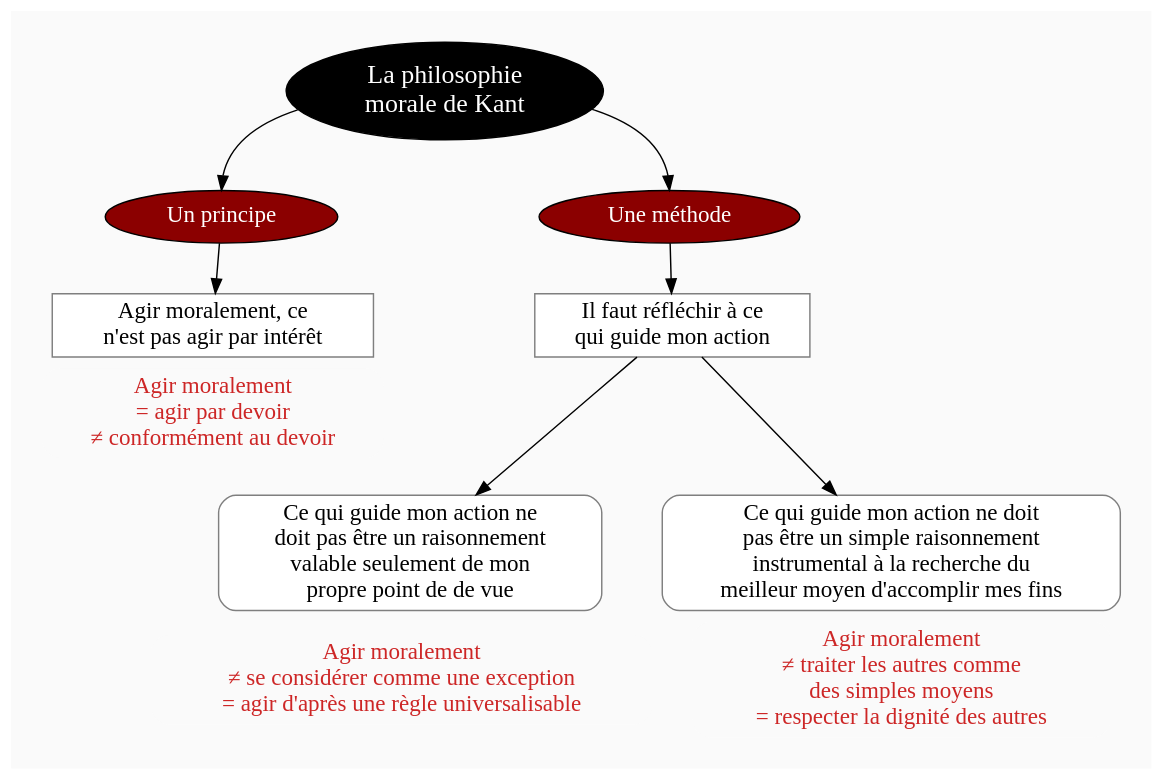
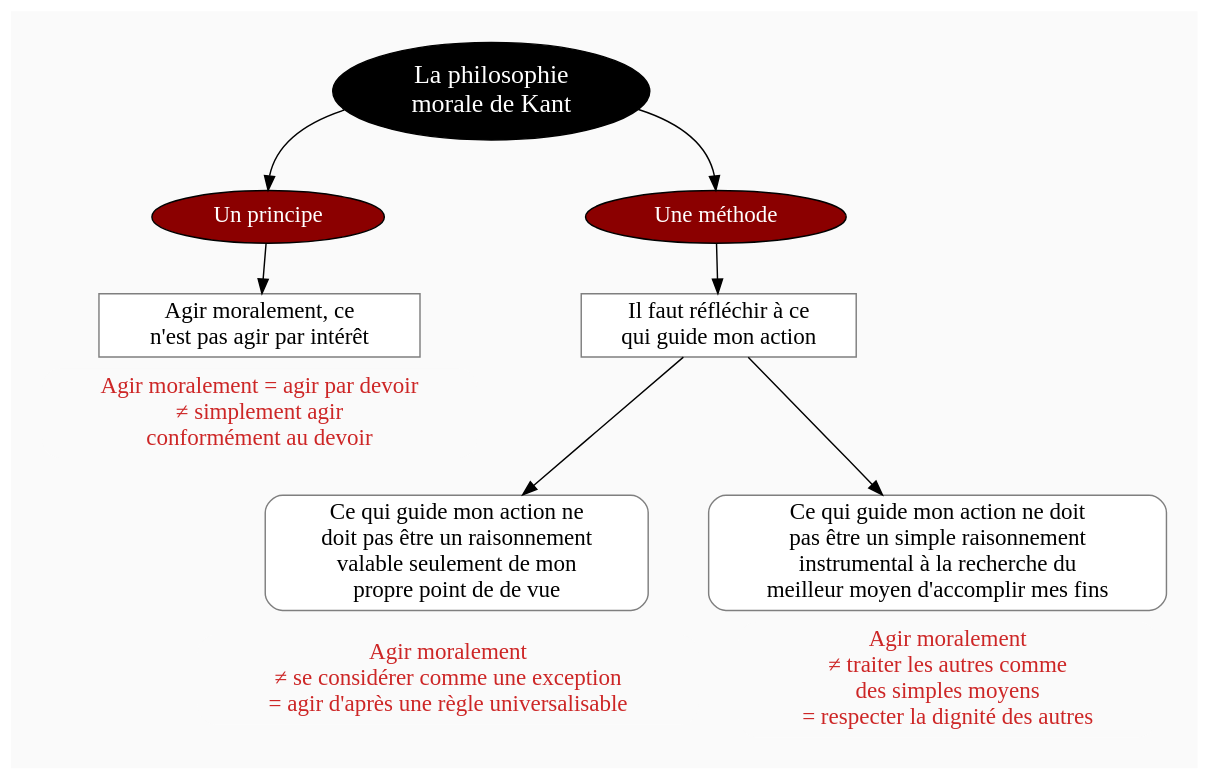
The diagram in diagram/philosophie-morale-de-Kant-2.dot (eyssette/graphviz-examples), drawn with Graphviz before and after one commit. The commit also changed 8 other files, not shown here.

```diff
--- a/diagram/philosophie-morale-de-Kant-2.dot
+++ b/diagram/philosophie-morale-de-Kant-2.dot
@@ -1,100 +1,100 @@
 digraph G {
 // Template : diagram
 // Usage : 
 //rankdir=LR
 splines=true
 //splines=curved
 bgcolor=grey98
 pad=0.3
 style=filled
 edge[minlen=4]
 node[style=filled, fontcolor=white]
 ranksep=0.1
 nodesep=0.2
 
 // NIVEAU 1
 node[fillcolor=12, fontsize=18]
 a1[label="La philosophie
 morale de Kant"]
 
 // NIVEAU 2
 node[fillcolor=red4, fontsize=16]
 a1->{
 b1[label="Un principe"]    
 b2[label="Une méthode"]
 }[headport=n]
 
 {rank=same;b1->b2[style=invis,minlen=10]}
 
 node[fontcolor=black]
 // NIVEAU 3 (sans intermédiaire)
 node [shape=box, fillcolor=white, color=grey50]
 // c1[label=""]
 b1->c1
 c1[label="Agir moralement, ce
 n'est pas agir par intérêt"]
 b2->c2
 c2[label="Il faut réfléchir à ce
 qui guide mon action"]
 
 
 {rank=same;c1->c2[style=invis,minlen=8]}
 
 // INTERMÉDIAIRE AVANT NIVEAU 3
 node[fillcolor=grey78, shape=oval]
 // [arrowhead=none]
 // bc1[label=""]
 
 // NIVEAU 3 (avec intermédiaire)
 node[fillcolor=white, shape=box, color=grey50]
 // c1[label=""]
 
 // NIVEAU 4
 node[style="filled,rounded", fillcolor=white, shape=box, color=grey50]
 // d1[label=""]
 
 c2->{d1,d2}
 d1[label="Ce qui guide mon action ne
 doit pas être un raisonnement
 valable seulement de mon
 propre point de de vue"]
 d2[label="Ce qui guide mon action ne doit
 pas être un simple raisonnement
 instrumental à la recherche du
 meilleur moyen d'accomplir mes fins"]
 
 
 {rank=same;d1->d2[style=invis,minlen=3]}
 
 // ÉTIQUETTES EN ROUGE
 node[shape=plaintext, fontcolor=firebrick3, fillcolor=grey98]
 // e1[label=< <B>= Titre</B><BR /><BR />Contenu<BR /> >]
 // e1[label=""]
 // ->e1[minlen=1, style=invis]
 
-e1[label="Agir moralement
-= agir par devoir
-≠ conformément au devoir"]
+e1[label="Agir moralement = agir par devoir
+≠ simplement agir
+conformément au devoir"]
 c1->e1[minlen=1, style=invis]
 
 e2[label="Agir moralement
 ≠ se considérer comme une exception
 = agir d'après une règle universalisable"]
 d1->e2[minlen=1, style=invis]
 
 e3[label="Agir moralement
 ≠ traiter les autres comme
 des simples moyens
 = respecter la dignité des autres"]
 d2->e3[minlen=1, style=invis]
 
 {rank=same;e2->e3[style=invis,minlen=2]}
 
 // REMARQUES EN BLEU
 node[color=blue, shape=box, margin=0.07, fontcolor=black, fontsize=12, style="dashed", penwidth=0.6]
 edge[color=blue, arrowhead="none", xlabel="", style="dashed", penwidth=0.6]
 // r1[label=""]
 // {rank=same;->r1}
 // {rank=same;r1->[dir=back]}
 
 }
```
